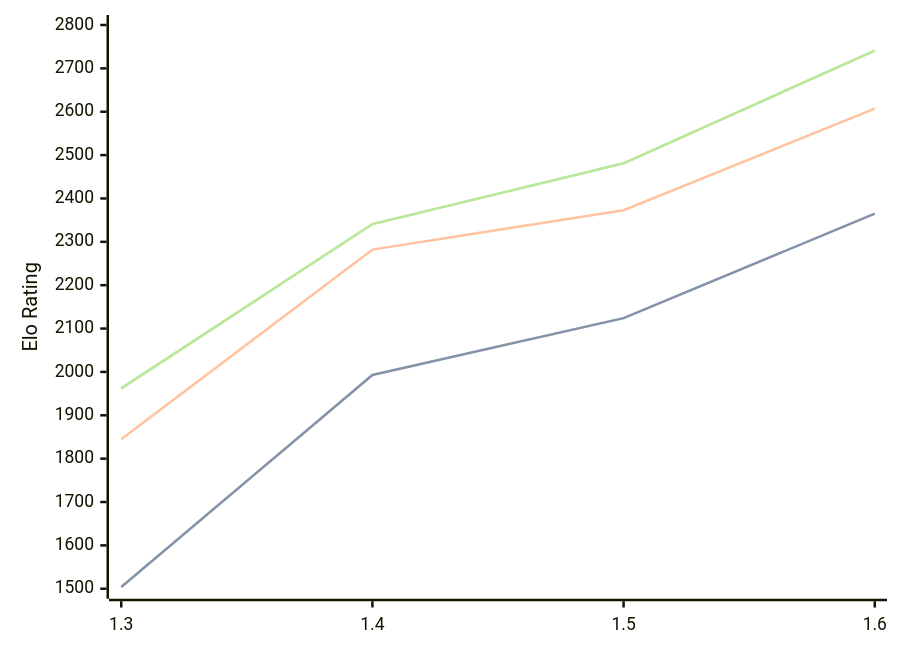
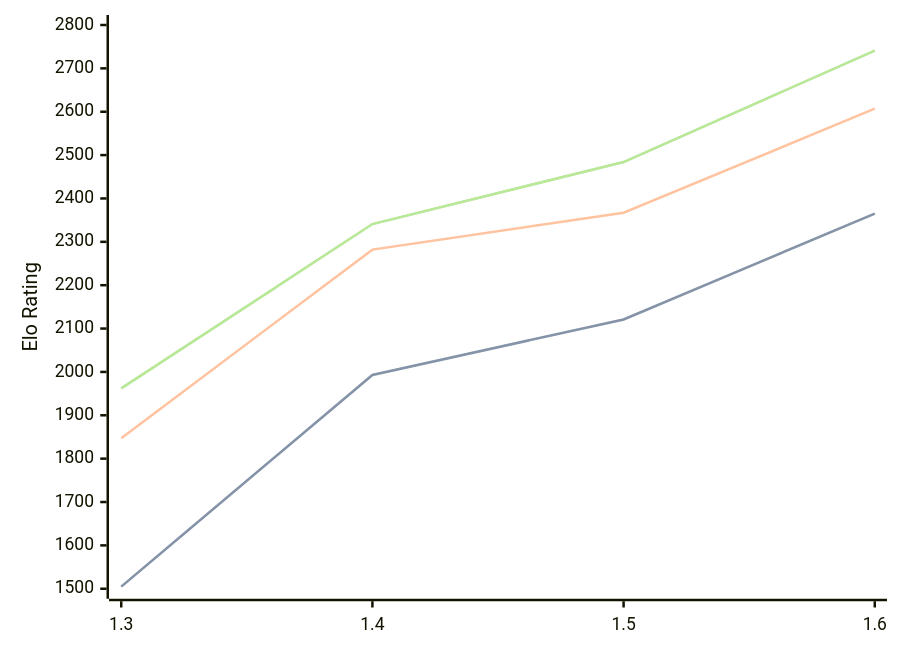
The diagram in engines/Facon.md (computer-chess-index/cci), drawn with Mermaid before and after one commit. The commit also changed other lines of this file, not shown here.

Commit message:
Update CCI Ratings (ELO VLTC) - 2026-07-30

````diff
--- a/engines/Facon.md
+++ b/engines/Facon.md
@@ -37,11 +37,11 @@
 ```mermaid
 %%{init: {"theme":"base","themeVariables":{"seriesColors:['#a3a3a3','#222221','#faa371']}}}%%
 xychart-beta
   x-axis ["1.3", "1.4", "1.5", "1.6"]
   y-axis "Elo Rating" 1500 --> 2800
-  line "STC (8.0+0.08s)" [1504, 1993, 2124, 2365]
-  line "STC (8.0+0.08s)" [1504, 1993, 2124, 2365]
-  line "LTC (60.0+0.60s)" [1845, 2282, 2373, 2607]
-  line "VLTC (2m24s+1.12s)" [1962, 2341, 2481, 2741]
-  line "VLTC (2m24s+1.12s)" [1962, 2341, 2481, 2741]
+  line "STC (8.0+0.08s)" [1505, 1993, 2121, 2365]
+  line "STC (8.0+0.08s)" [1505, 1993, 2121, 2365]
+  line "LTC (60.0+0.60s)" [1847, 2282, 2367, 2607]
+  line "VLTC (2m24s+1.12s)" [1962, 2341, 2484, 2741]
+  line "VLTC (2m24s+1.12s)" [1962, 2341, 2484, 2741]
 ```
````
